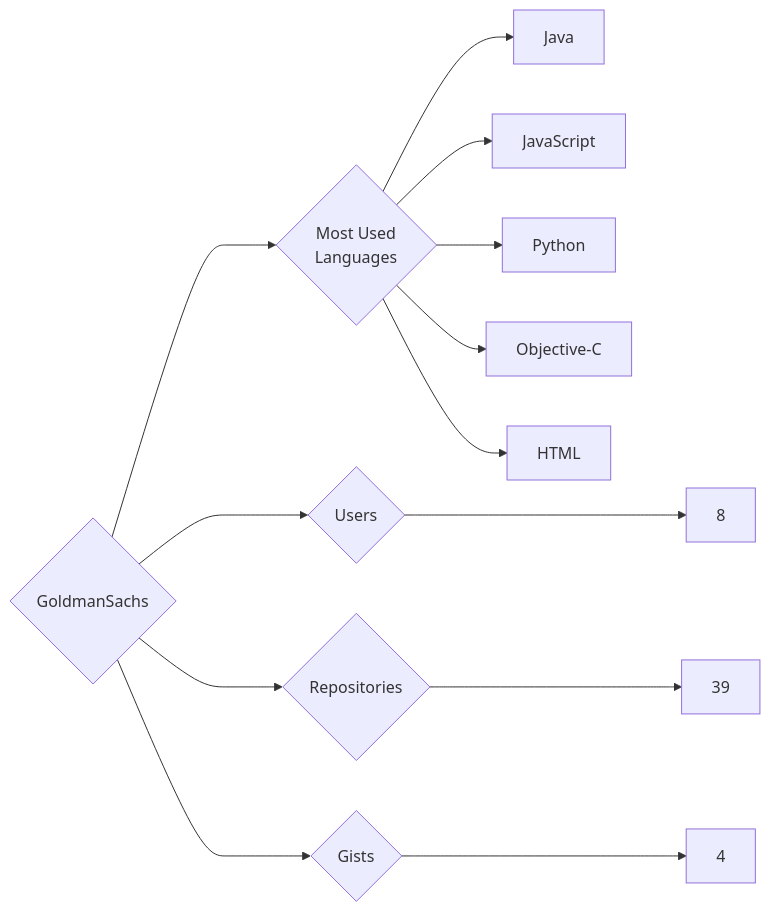
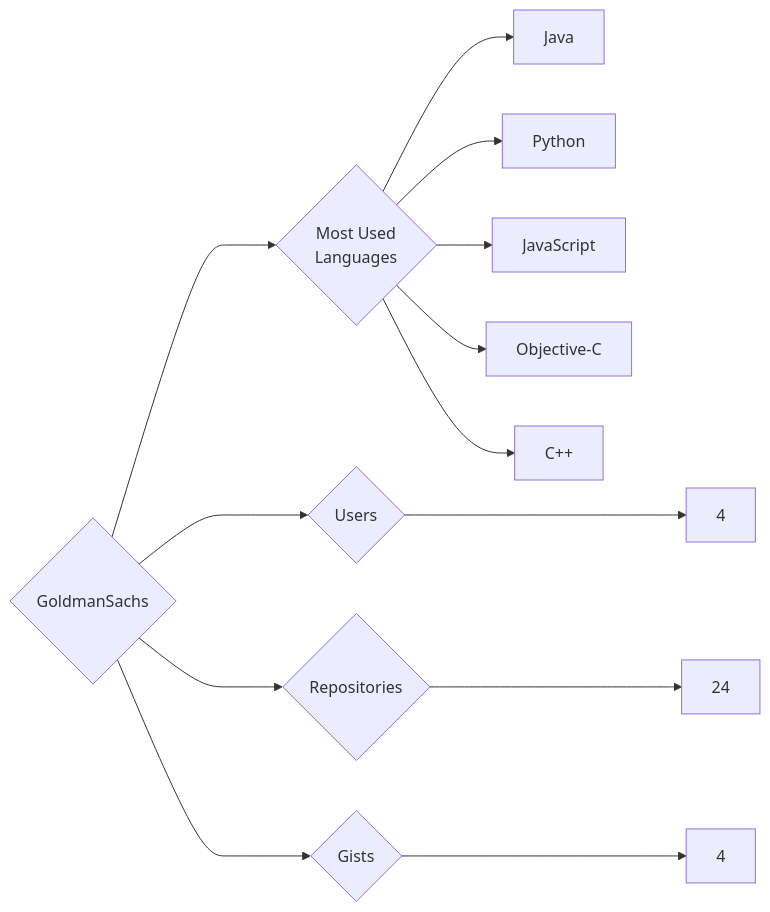
The diagram in targets/GoldmanSachs/README.md (trickest/insiders), drawn with Mermaid before and after one commit. The commit also changed 815 other files, not shown here.

````diff
--- a/targets/GoldmanSachs/README.md
+++ b/targets/GoldmanSachs/README.md
@@ -3,13 +3,13 @@
 ```mermaid
 graph LR
 COMPANY_NAME{GoldmanSachs}
-COMPANY_NAME ---> U{Users} ---> UN[8]
-COMPANY_NAME ---> R{Repositories} ---> RN[39]
+COMPANY_NAME ---> U{Users} ---> UN[4]
+COMPANY_NAME ---> R{Repositories} ---> RN[24]
 COMPANY_NAME ---> G{Gists} ---> GN[4]
 COMPANY_NAME ---> ML{Most Used<br>Languages}
 ML --> Java[Java]
+ML --> Python[Python]
 ML --> JavaScript[JavaScript]
-ML --> Python[Python]
 ML --> Objective-C[Objective-C]
-ML --> HTML[HTML]
+ML --> C++[C++]
 ```
````
